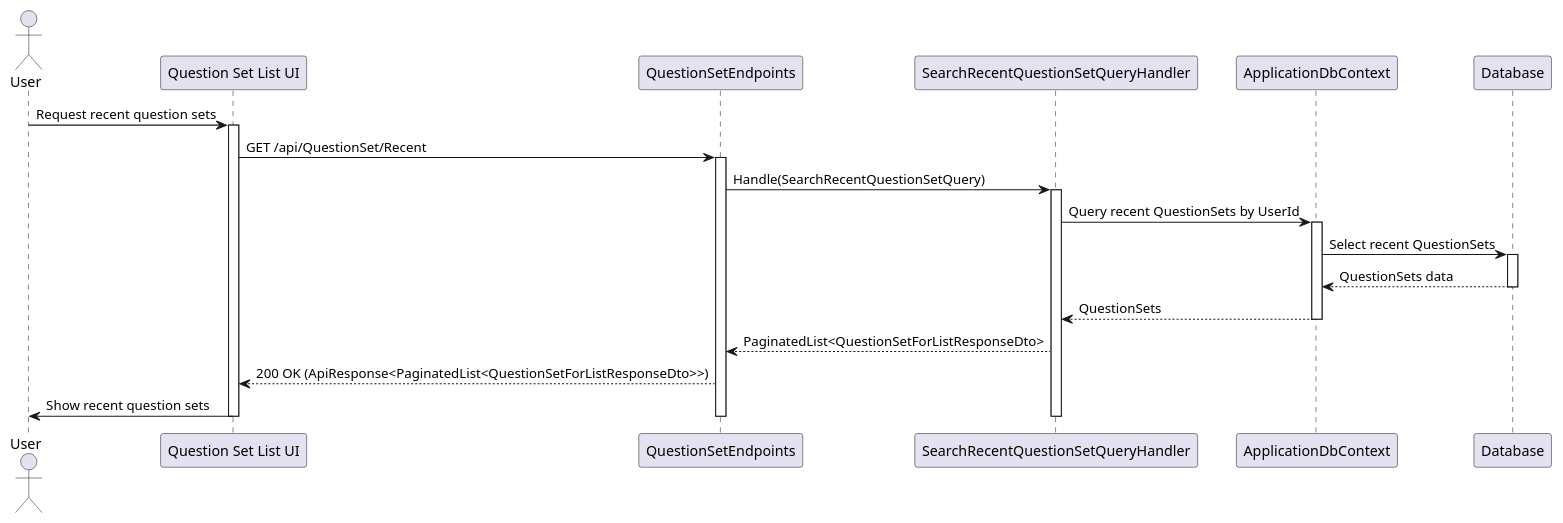
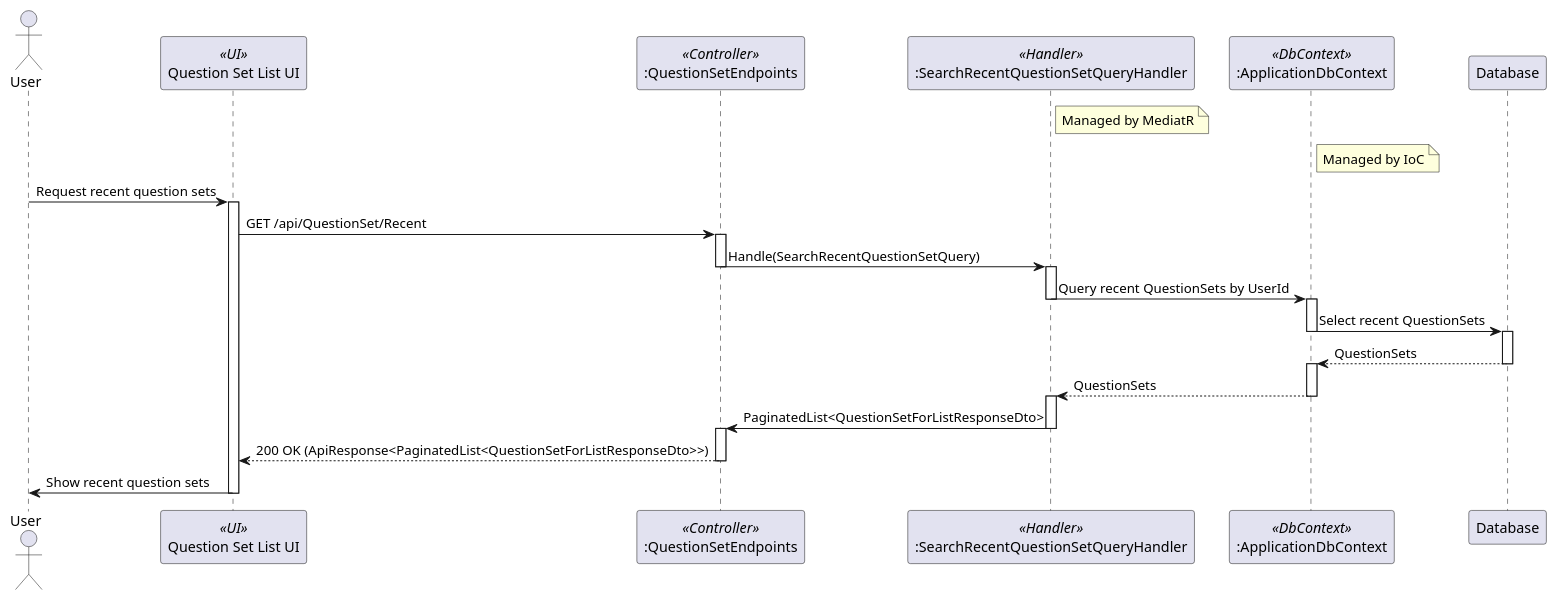
The diagram in QuestionSets/Sequence/SearchRecentQuestionSetQuery.puml (thanhkhac/SEP_Diagram), drawn with PlantUML before and after one commit. The commit also changed 23 other files, not shown here.

Commit message:
Enhance sequence diagrams for QuestionSet and TestTemplate

```diff
--- a/QuestionSets/Sequence/SearchRecentQuestionSetQuery.puml
+++ b/QuestionSets/Sequence/SearchRecentQuestionSetQuery.puml
@@ -1,32 +1,44 @@
 @startuml
 actor User
-participant "Question Set List UI" as UI
-participant QuestionSetEndpoints
-participant SearchRecentQuestionSetQueryHandler as Handler
-participant ApplicationDbContext
+participant "Question Set List UI" as UI <<UI>>
+participant ":QuestionSetEndpoints" as QuestionSetEndpoints <<Controller>>
+participant ":SearchRecentQuestionSetQueryHandler" as SearchRecentQuestionSetQueryHandler <<Handler>>
+participant ":ApplicationDbContext" as ApplicationDbContext <<DbContext>>
 participant Database
+
+note right of SearchRecentQuestionSetQueryHandler
+  Managed by MediatR
+end note
+
+note right of ApplicationDbContext
+  Managed by IoC
+end note
 
 User -> UI : Request recent question sets
 activate UI
 UI -> QuestionSetEndpoints : GET /api/QuestionSet/Recent
 activate QuestionSetEndpoints
-QuestionSetEndpoints -> Handler : Handle(SearchRecentQuestionSetQuery)
-activate Handler
-
-Handler -> ApplicationDbContext : Query recent QuestionSets by UserId
+QuestionSetEndpoints -> SearchRecentQuestionSetQueryHandler : Handle(SearchRecentQuestionSetQuery)
+deactivate QuestionSetEndpoints
+activate SearchRecentQuestionSetQueryHandler
+SearchRecentQuestionSetQueryHandler -> ApplicationDbContext : Query recent QuestionSets by UserId
+deactivate SearchRecentQuestionSetQueryHandler
 activate ApplicationDbContext
 ApplicationDbContext -> Database : Select recent QuestionSets
+deactivate ApplicationDbContext
 activate Database
-Database --> ApplicationDbContext : QuestionSets data
+Database --> ApplicationDbContext : QuestionSets
 deactivate Database
-ApplicationDbContext --> Handler : QuestionSets
+activate ApplicationDbContext
+ApplicationDbContext --> SearchRecentQuestionSetQueryHandler : QuestionSets
 deactivate ApplicationDbContext
+activate SearchRecentQuestionSetQueryHandler
+SearchRecentQuestionSetQueryHandler -> QuestionSetEndpoints : PaginatedList<QuestionSetForListResponseDto>
+deactivate SearchRecentQuestionSetQueryHandler
+activate QuestionSetEndpoints
+QuestionSetEndpoints --> UI : 200 OK (ApiResponse<PaginatedList<QuestionSetForListResponseDto>>)
+deactivate QuestionSetEndpoints
+UI -> User : Show recent question sets
+deactivate UI
 
-Handler --> QuestionSetEndpoints : PaginatedList<QuestionSetForListResponseDto>
-QuestionSetEndpoints --> UI : 200 OK (ApiResponse<PaginatedList<QuestionSetForListResponseDto>>)
-UI -> User : Show recent question sets
-
-deactivate Handler
-deactivate QuestionSetEndpoints
-deactivate UI
 @enduml
```
